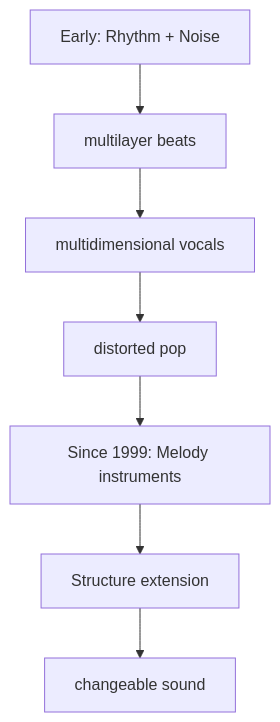
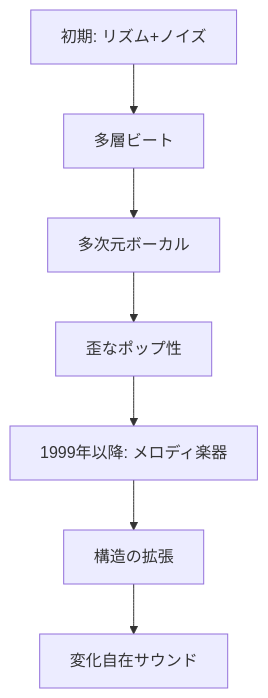
One commit to monumental-movement/monumental-movement.github.io changed the second of 3 diagrams in en/_posts/2026-04-03-column-grind-orchestra.md. Above: the diagram before and after it, drawn with Mermaid. The commit also changed other lines of this file and 2196 other files, not shown here.

```diff
--- a/en/_posts/2026-04-03-column-grind-orchestra.md
+++ b/en/_posts/2026-04-03-column-grind-orchestra.md
@@ -111,9 +110,9 @@
 <div class="mermaid">
 graph TD
-A[Early: Rhythm + Noise] --> B[multilayer beats]
-B --> C[multidimensional vocals]
-C --> D[distorted pop]
-D --> E[Since 1999: Melody instruments]
-E --> F[Structure extension]
-F --> G[changeable sound]
+A[初期: リズム+ノイズ] --> B[多層ビート]
+B --> C[多次元ボーカル]
+C --> D[歪なポップ性]
+D --> E[1999年以降: メロディ楽器]
+E --> F[構造の拡張]
+F --> G[変化自在サウンド]
 </div>
```
